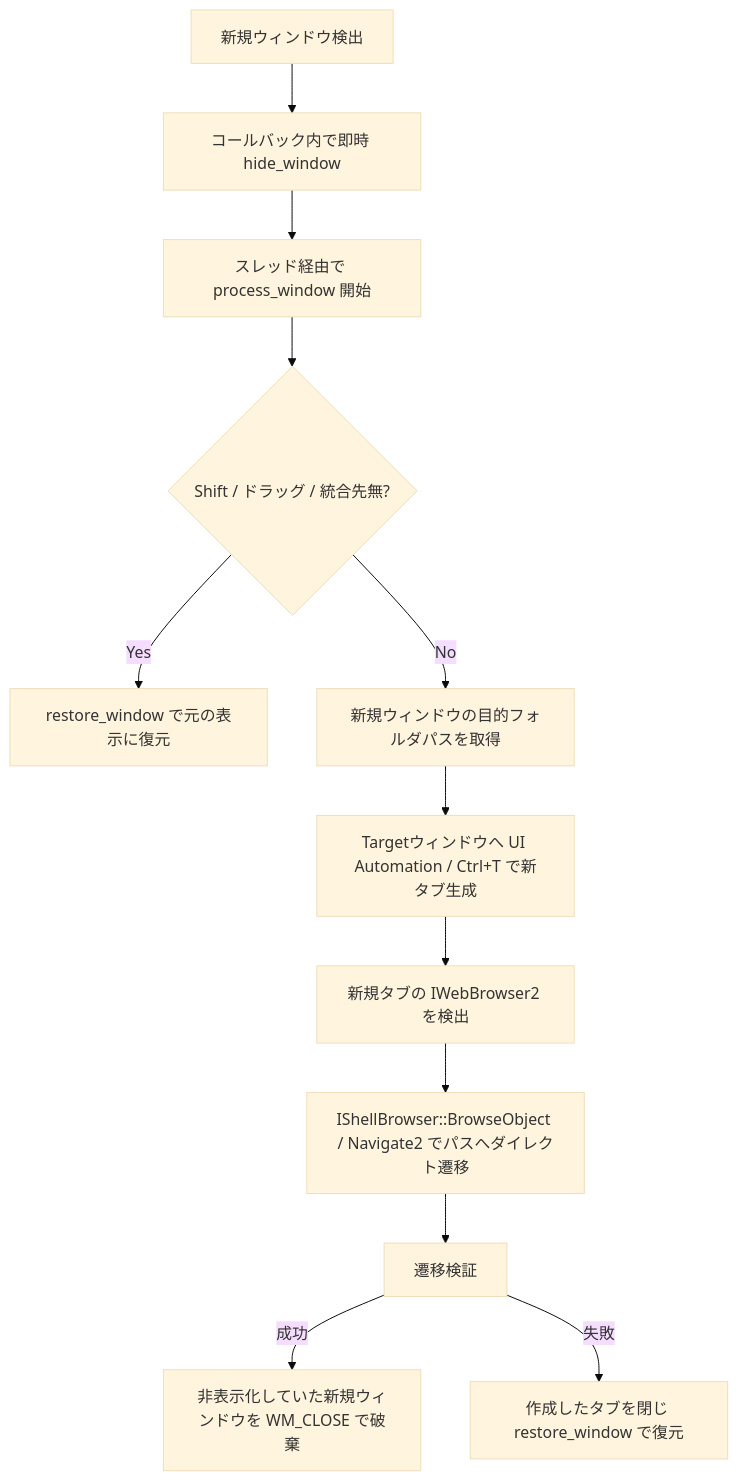
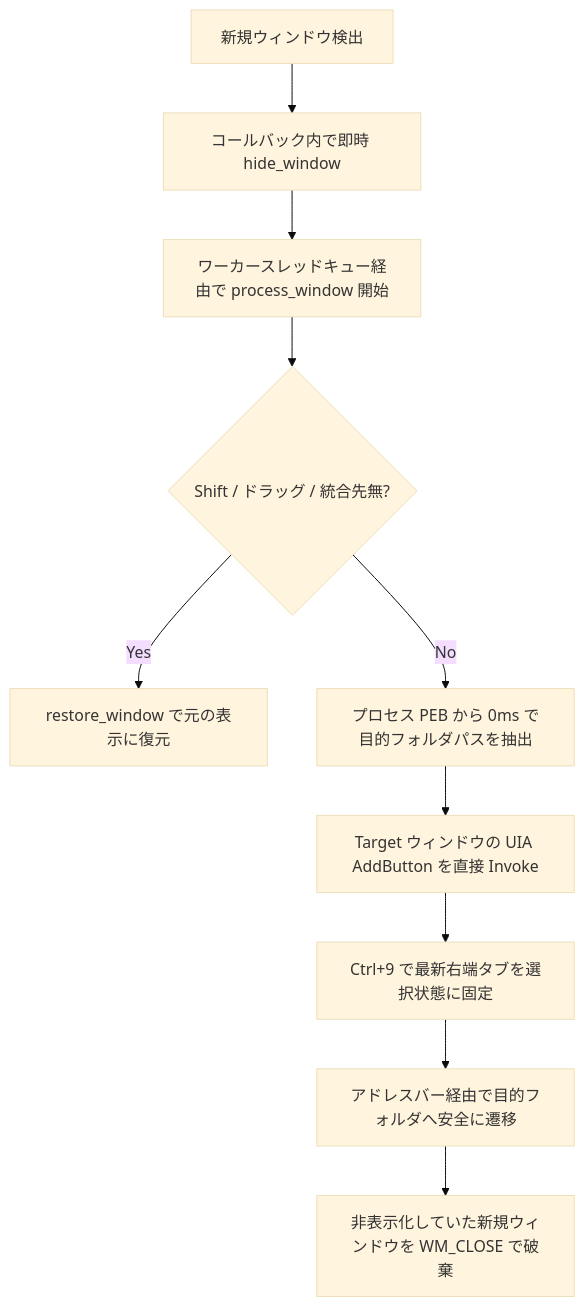
One commit to cwatanab/TabifyExplorer changed the diagram in docs/specifications.md. Above: the diagram before and after it, drawn with Mermaid (base theme). The commit also changed other lines of this file and 1 other file, not shown here.

First line of the commit message:
docs: 仕様書および README を v0.1.0 実装（0ms PEB 抽出, UIA Invoke, 1ms タイマー）に最新化

````diff
--- a/docs/specifications.md
+++ b/docs/specifications.md
@@ -60,14 +56,12 @@
 ```mermaid
 graph TD
     A[新規ウィンドウ検出] --> B[コールバック内で即時 hide_window]
-    B --> C[スレッド経由で process_window 開始]
+    B --> C[ワーカースレッドキュー経由で process_window 開始]
     C --> D{Shift / ドラッグ / 統合先無?}
     D -- Yes --> E[restore_window で元の表示に復元]
-    D -- No --> F[新規ウィンドウの目的フォルダパスを取得]
-    F --> G[Targetウィンドウへ UI Automation / Ctrl+T で新タブ生成]
-    G --> H[新規タブの IWebBrowser2 を検出]
-    H --> I[IShellBrowser::BrowseObject / Navigate2 でパスへダイレクト遷移]
-    I --> J[遷移検証]
-    J -- 成功 --> K[非表示化していた新規ウィンドウを WM_CLOSE で破棄]
-    J -- 失敗 --> L[作成したタブを閉じ restore_window で復元]
+    D -- No --> F[プロセス PEB から 0ms で目的フォルダパスを抽出]
+    F --> G[Target ウィンドウの UIA AddButton を直接 Invoke]
+    G --> H[Ctrl+9 で最新右端タブを選択状態に固定]
+    H --> I[アドレスバー経由で目的フォルダへ安全に遷移]
+    I --> J[非表示化していた新規ウィンドウを WM_CLOSE で破棄]
 ```
````
